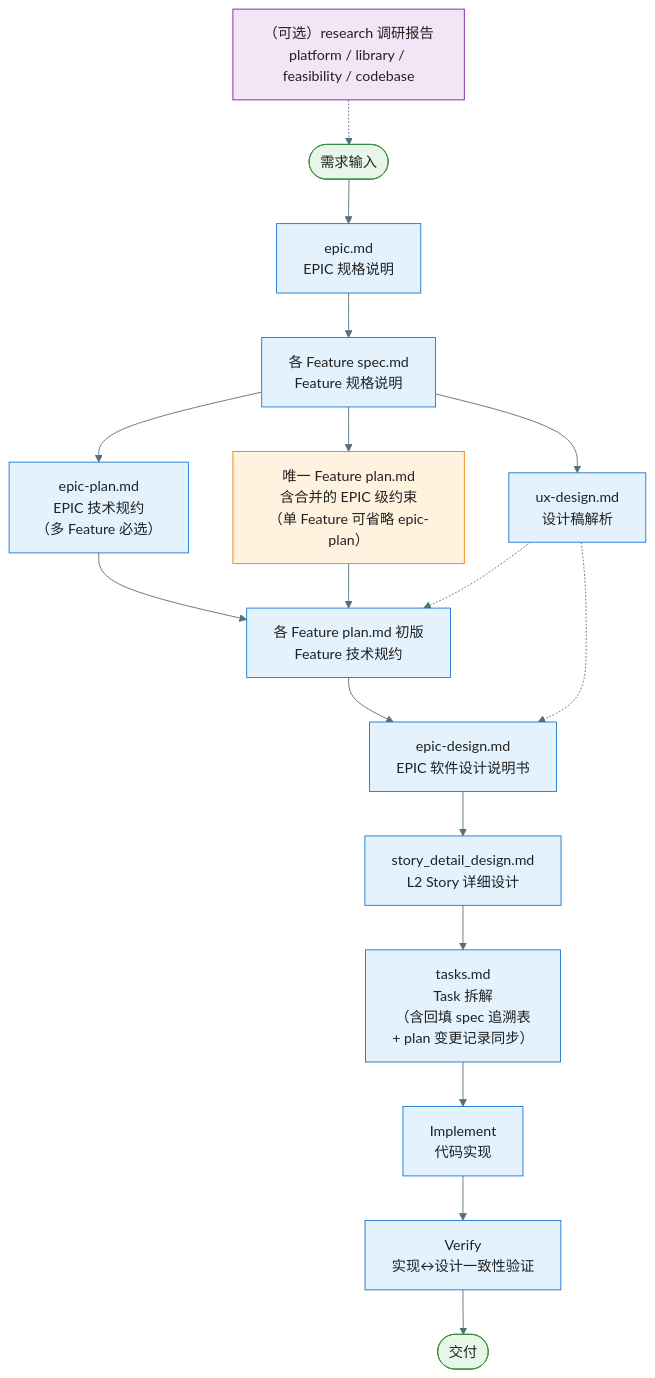
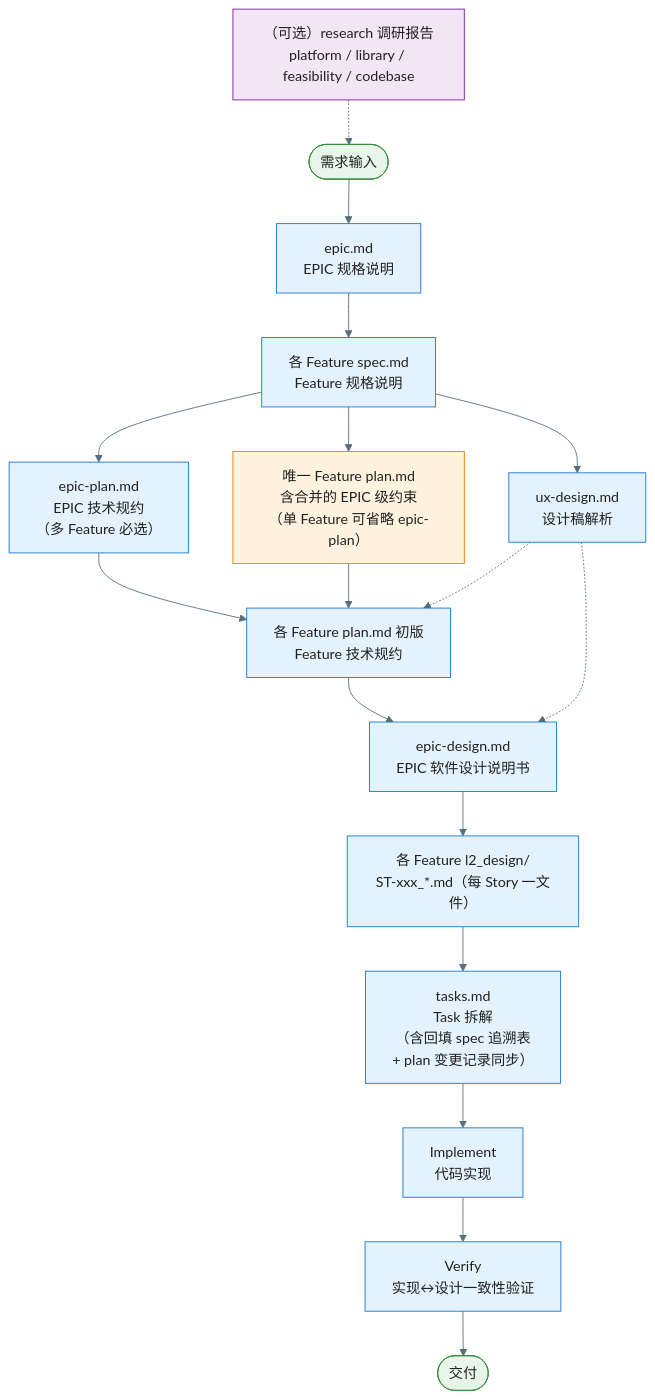
One commit to jackykarma/Verity changed the first of 8 diagrams in docs/workflow-overview.md. Above: the diagram before and after it, drawn with Mermaid. The commit also changed other lines of this file and 41 other files, not shown here.

First line of the commit message:
docs 📝(AISDD): L2 详细设计按 Story 分文件至 l2_design

````diff
--- a/docs/workflow-overview.md
+++ b/docs/workflow-overview.md
@@ -9,33 +9,33 @@
 ```mermaid
 %%{init: {'theme': 'base', 'themeVariables': { 'primaryColor': '#E3F2FD', 'primaryTextColor': '#212121', 'primaryBorderColor': '#1976D2', 'lineColor': '#546E7A'}}}%%
 flowchart TD
     Research["（可选）research 调研报告<br/>platform / library / feasibility / codebase"] -.-> Start
     Start([需求输入]) --> EpicMd["epic.md<br/>EPIC 规格说明"]
     EpicMd --> SpecMd["各 Feature spec.md<br/>Feature 规格说明"]
     SpecMd --> EpicPlan["epic-plan.md<br/>EPIC 技术规约<br/>（多 Feature 必选）"]
     SpecMd --> PlanSingle["唯一 Feature plan.md<br/>含合并的 EPIC 级约束<br/>（单 Feature 可省略 epic-plan）"]
     SpecMd --> UxDesign["ux-design.md<br/>设计稿解析"]
     EpicPlan --> PlanMd["各 Feature plan.md 初版<br/>Feature 技术规约"]
     PlanSingle --> PlanMd
     UxDesign -.-> PlanMd
     PlanMd --> EpicDesign["epic-design.md<br/>EPIC 软件设计说明书"]
     UxDesign -.-> EpicDesign
-    EpicDesign --> StoryDesign["story_detail_design.md<br/>L2 Story 详细设计"]
+    EpicDesign --> StoryDesign["各 Feature l2_design/<br/>ST-xxx_*.md（每 Story 一文件）"]
     StoryDesign --> TasksMd["tasks.md<br/>Task 拆解<br/>（含回填 spec 追溯表<br/>+ plan 变更记录同步）"]
     TasksMd --> Implement["Implement<br/>代码实现"]
     Implement --> Verify["Verify<br/>实现↔设计一致性验证"]
     Verify --> Done([交付])
 
     style Research fill:#F3E5F5,stroke:#7B1FA2
     style Start fill:#E8F5E9,stroke:#388E3C
     style Done fill:#E8F5E9,stroke:#388E3C
     style EpicMd fill:#E3F2FD,stroke:#1976D2
     style SpecMd fill:#E3F2FD,stroke:#1976D2
     style EpicPlan fill:#E3F2FD,stroke:#1976D2
     style PlanSingle fill:#FFF3E0,stroke:#F57C00
     style UxDesign fill:#E3F2FD,stroke:#1976D2
     style PlanMd fill:#E3F2FD,stroke:#1976D2
     style EpicDesign fill:#E3F2FD,stroke:#1976D2
     style StoryDesign fill:#E3F2FD,stroke:#1976D2
     style TasksMd fill:#E3F2FD,stroke:#1976D2
 ```
````
